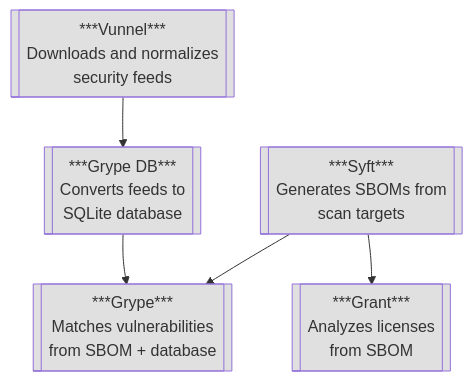
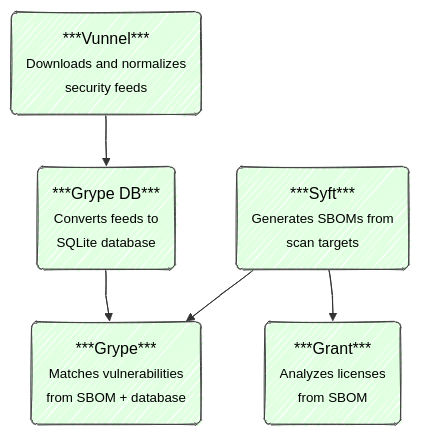
The first of 2 diagrams in content/docs/architecture/_index.md (anchore-oss-update-bot/oss-docs), drawn with Mermaid before and after one commit. The commit also changed other lines of this file and 1 other file, not shown here.

Commit message:
improve vunnel and overview diagrams

````diff
--- a/content/docs/architecture/_index.md
+++ b/content/docs/architecture/_index.md
@@ -13,19 +13,28 @@
 ```mermaid
+---
+config:
+  layout: dagre
+  look: handDrawn
+  theme: default
+  flowchart: 
+    curve: linear
+---
 flowchart TD
-    vunnel[[***Vunnel***<br/>Downloads and normalizes<br/>security feeds]]
-    grypedb[[***Grype DB***<br/>Converts feeds to<br/>SQLite database]]
-    syft[[***Syft***<br/>Generates SBOMs from<br/>scan targets]]
-    grype[[***Grype***<br/>Matches vulnerabilities<br/>from SBOM + database]]
-    grant[[***Grant***<br/>Analyzes licenses<br/>from SBOM]]
+    vunnel["***Vunnel***<br><small>Downloads and normalizes<br>security feeds</small>"]:::Ash 
+    grypedb["***Grype DB***<br><small>Converts feeds to<br>SQLite database</small>"]:::Ash
+    grype["***Grype***<br><small>Matches vulnerabilities<br>from SBOM + database</small>"]:::Ash
+    syft["***Syft***<br><small>Generates SBOMs from<br>scan targets</small>"]:::Ash
+    grant["***Grant***<br><small>Analyzes licenses<br>from SBOM</small>"]:::Ash
 
-    vunnel --> grypedb
-    grypedb --> grype
-    syft --> grype
-    syft --> grant
+    vunnel --> grypedb --> grype
+    syft --> grype & grant
 
-    style vunnel fill:#e0e0e0
-    style grypedb fill:#e0e0e0
-    style syft fill:#e0e0e0
-    style grype fill:#e0e0e0
-    style grant fill:#e0e0e0
+    vunnel@{ shape: event}
+    grypedb@{ shape: event}
+    grype@{ shape: event}
+    syft@{ shape: event}
+    grant@{ shape: event}
+
+    classDef Ash stroke-width:1px, stroke-dasharray:none, stroke:#424242, fill:#e1ffe1, color:#000000
+
 ```
````
